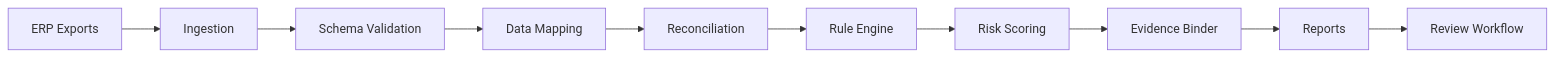
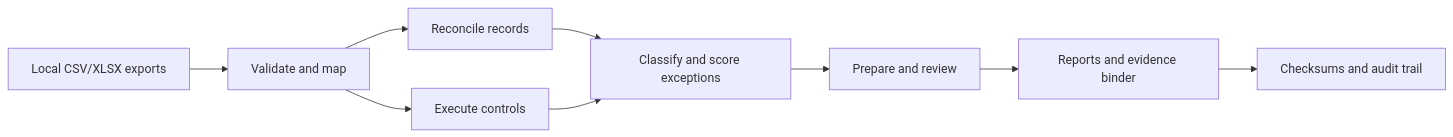
One commit to amrzainmubarak/reconforge-erp changed the diagram in README.md. Above: the diagram before and after it, drawn with Mermaid. The commit also changed other lines of this file and 1 other file, not shown here.

````diff
--- a/README.md
+++ b/README.md
@@ -312,12 +76,11 @@
 ```mermaid
 flowchart LR
-    A[ERP Exports] --> B[Ingestion]
-    B --> C[Schema Validation]
-    C --> D[Data Mapping]
-    D --> E[Reconciliation]
-    E --> F[Rule Engine]
-    F --> G[Risk Scoring]
-    G --> H[Evidence Binder]
-    H --> I[Reports]
-    I --> J[Review Workflow]
+    A[Local CSV/XLSX exports] --> B[Validate and map]
+    B --> C[Reconcile records]
+    B --> D[Execute controls]
+    C --> E[Classify and score exceptions]
+    D --> E
+    E --> F[Prepare and review]
+    F --> G[Reports and evidence binder]
+    G --> H[Checksums and audit trail]
 ```
````
